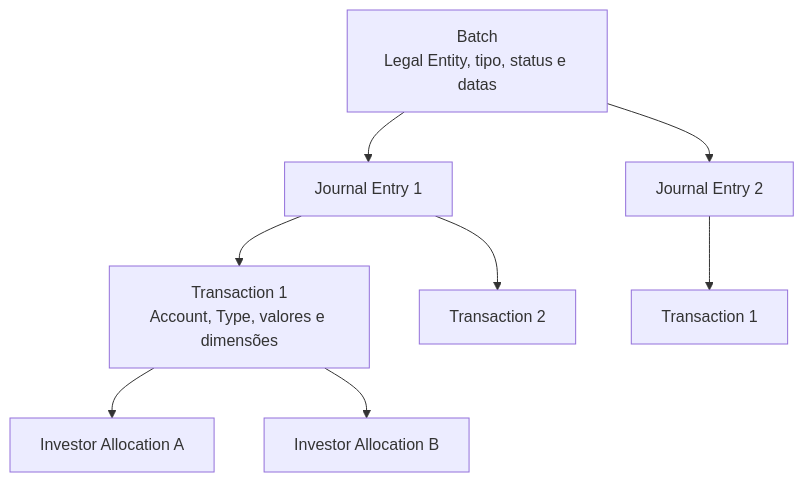
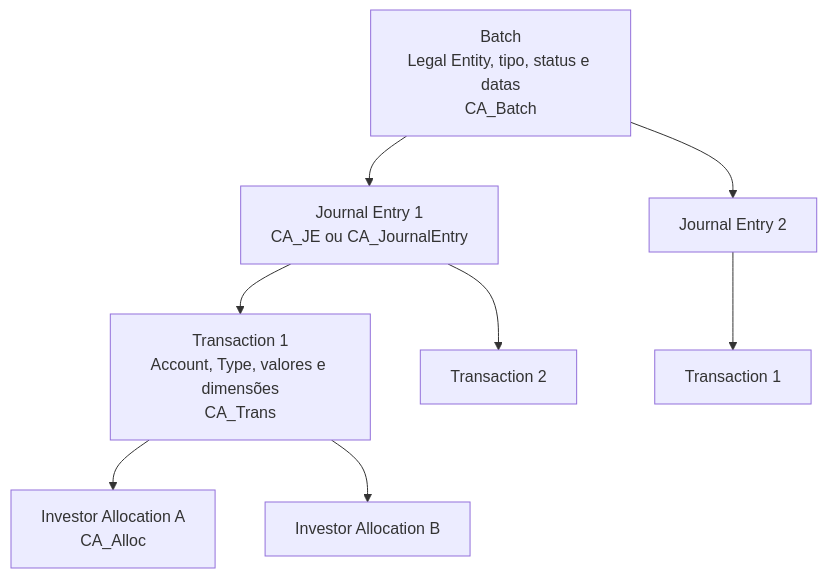
The first of 2 diagrams in docs/dominio/03-ciclo-contabil-e-batches.md (msekimoto/investran), drawn with Mermaid before and after one commit.

Commit message:
Update batch and journal entry database tables in documentation

````diff
--- a/docs/dominio/03-ciclo-contabil-e-batches.md
+++ b/docs/dominio/03-ciclo-contabil-e-batches.md
@@ -7,16 +7,16 @@
 ```mermaid
 flowchart TB
-    B[Batch<br/>Legal Entity, tipo, status e datas]
-    JE1[Journal Entry 1]
+    B[Batch<br/>Legal Entity, tipo, status e datas<br/>CA_Batch]
+    JE1[Journal Entry 1<br/>CA_JE ou CA_JournalEntry]
     JE2[Journal Entry 2]
-    T11[Transaction 1<br/>Account, Type, valores e dimensões]
+    T11[Transaction 1<br/>Account, Type, valores e dimensões<br/>CA_Trans]
     T12[Transaction 2]
     T21[Transaction 1]
-    IA1[Investor Allocation A]
+    IA1[Investor Allocation A<br/>CA_Alloc]
     IA2[Investor Allocation B]
 
     B --> JE1 & JE2
     JE1 --> T11 & T12
     JE2 --> T21
     T11 --> IA1 & IA2
 ```
````
